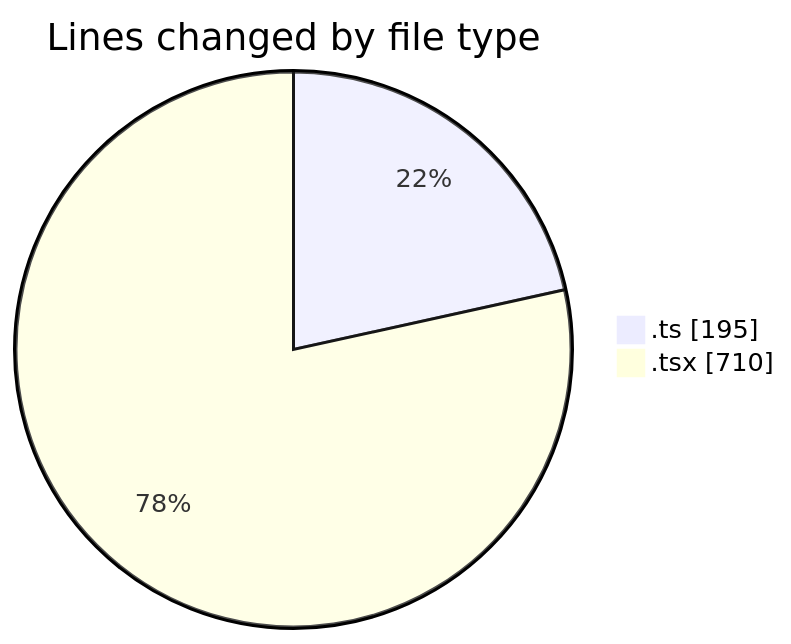
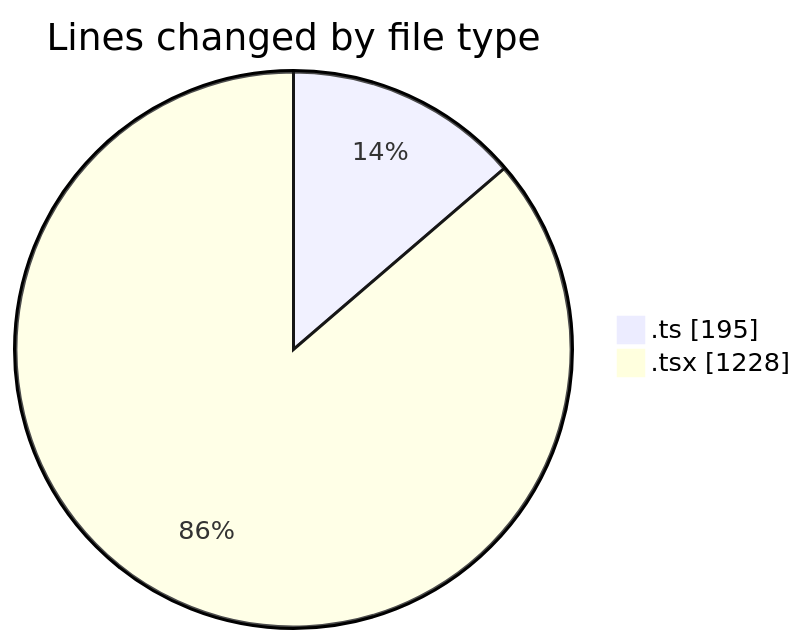
One commit to nxtqubesakshisongat/code-tracking changed the first of 2 diagrams in 2026-03-26/nxtqube_webapp/README.md. Above: the diagram before and after it, drawn with Mermaid. The commit also changed other lines of this file and 1 other file, not shown here.

````diff
--- a/2026-03-26/nxtqube_webapp/README.md
+++ b/2026-03-26/nxtqube_webapp/README.md
@@ -21,6 +22,6 @@
 ```mermaid
 pie showData
 title Lines changed by file type
 ".ts" : 195
-".tsx" : 710
+".tsx" : 1228
 ```
````
